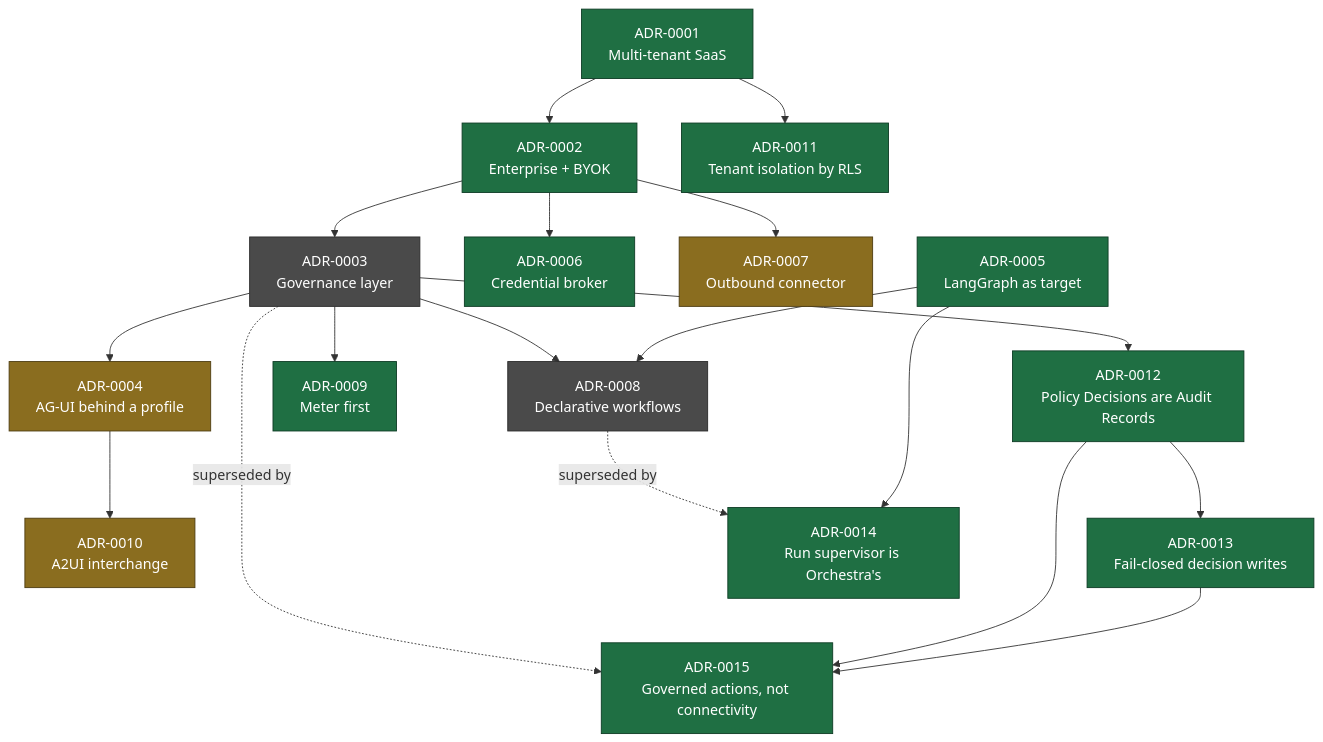
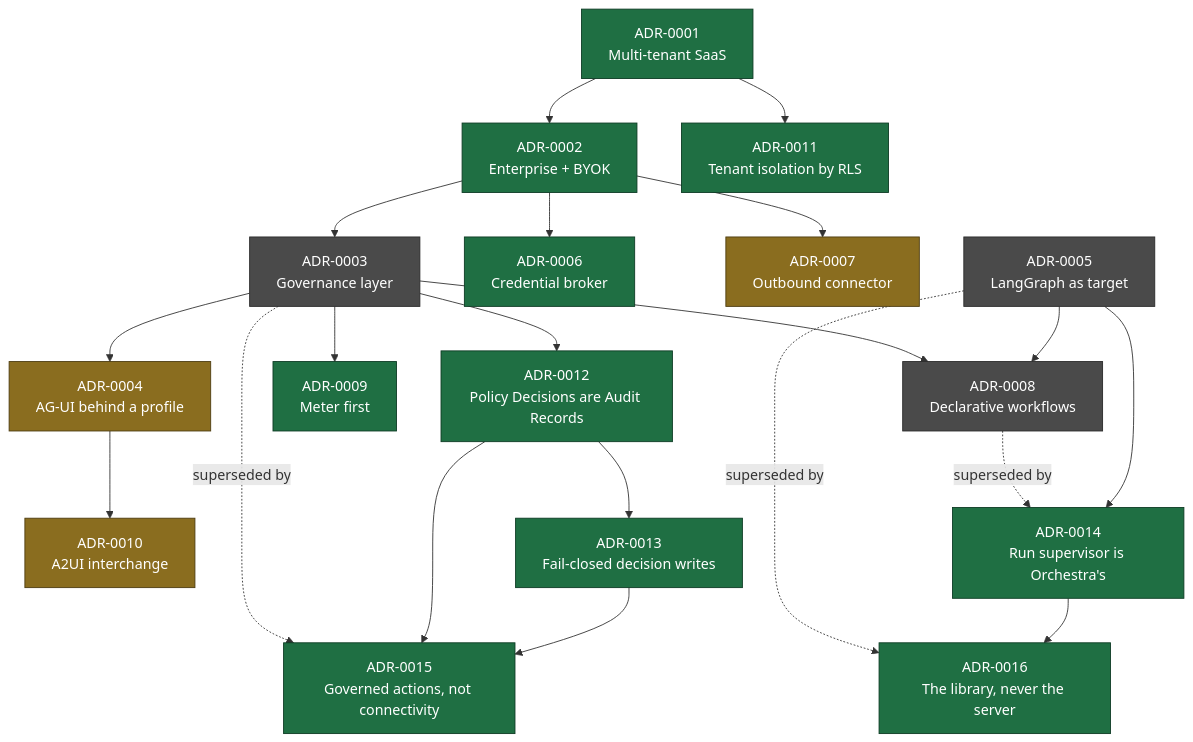
The diagram in docs/adr/README.md (ayesigapaul/orchestra), drawn with Mermaid before and after one commit. The commit also changed other lines of this file and 10 other files, not shown here.

````diff
--- a/docs/adr/README.md
+++ b/docs/adr/README.md
@@ -48,27 +49,29 @@
 ```mermaid
 flowchart TD
   A1["ADR-0001<br/>Multi-tenant SaaS"] --> A2["ADR-0002<br/>Enterprise + BYOK"]
   A2 --> A3["ADR-0003<br/>Governance layer"]
   A2 --> A6["ADR-0006<br/>Credential broker"]
   A2 --> A7["ADR-0007<br/>Outbound connector"]
   A3 --> A4["ADR-0004<br/>AG-UI behind a profile"]
   A3 --> A8["ADR-0008<br/>Declarative workflows"]
   A3 --> A9["ADR-0009<br/>Meter first"]
   A5["ADR-0005<br/>LangGraph as target"] --> A8
   A4 --> A10["ADR-0010<br/>A2UI interchange"]
   A1 --> A11["ADR-0011<br/>Tenant isolation by RLS"]
   A3 --> A12["ADR-0012<br/>Policy Decisions are Audit Records"]
   A12 --> A13["ADR-0013<br/>Fail-closed decision writes"]
   A8 -.->|superseded by| A14["ADR-0014<br/>Run supervisor is Orchestra's"]
   A5 --> A14
   A3 -.->|superseded by| A15["ADR-0015<br/>Governed actions, not connectivity"]
   A12 --> A15
   A13 --> A15
+  A5 -.->|superseded by| A16["ADR-0016<br/>The library, never the server"]
+  A14 --> A16
 
   classDef accepted fill:#1f6f43,stroke:#0d3b24,color:#fff;
   classDef proposed fill:#8a6d1f,stroke:#4d3c10,color:#fff;
   classDef superseded fill:#4a4a4a,stroke:#2a2a2a,color:#fff;
-  class A1,A2,A5,A6,A9,A11,A12,A13,A14,A15 accepted;
+  class A1,A2,A6,A9,A11,A12,A13,A14,A15,A16 accepted;
   class A4,A7,A10 proposed;
-  class A3,A8 superseded;
+  class A3,A5,A8 superseded;
 ```
````
